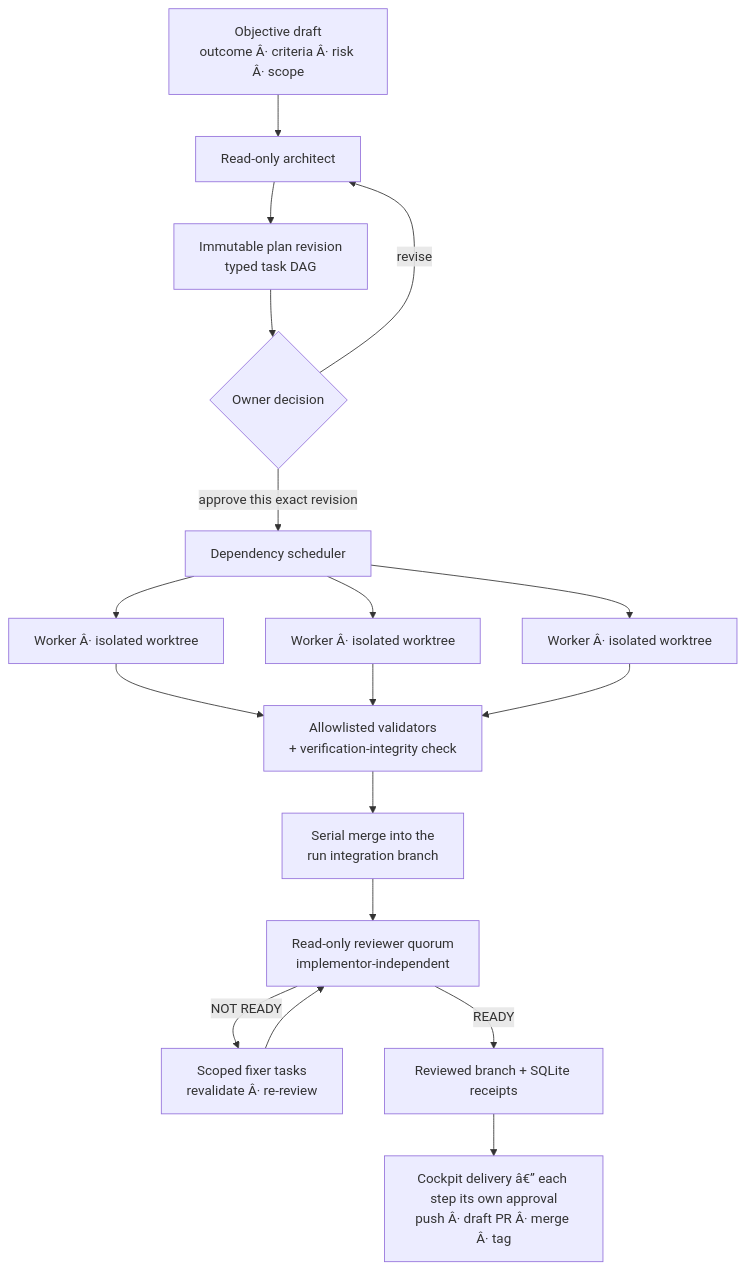
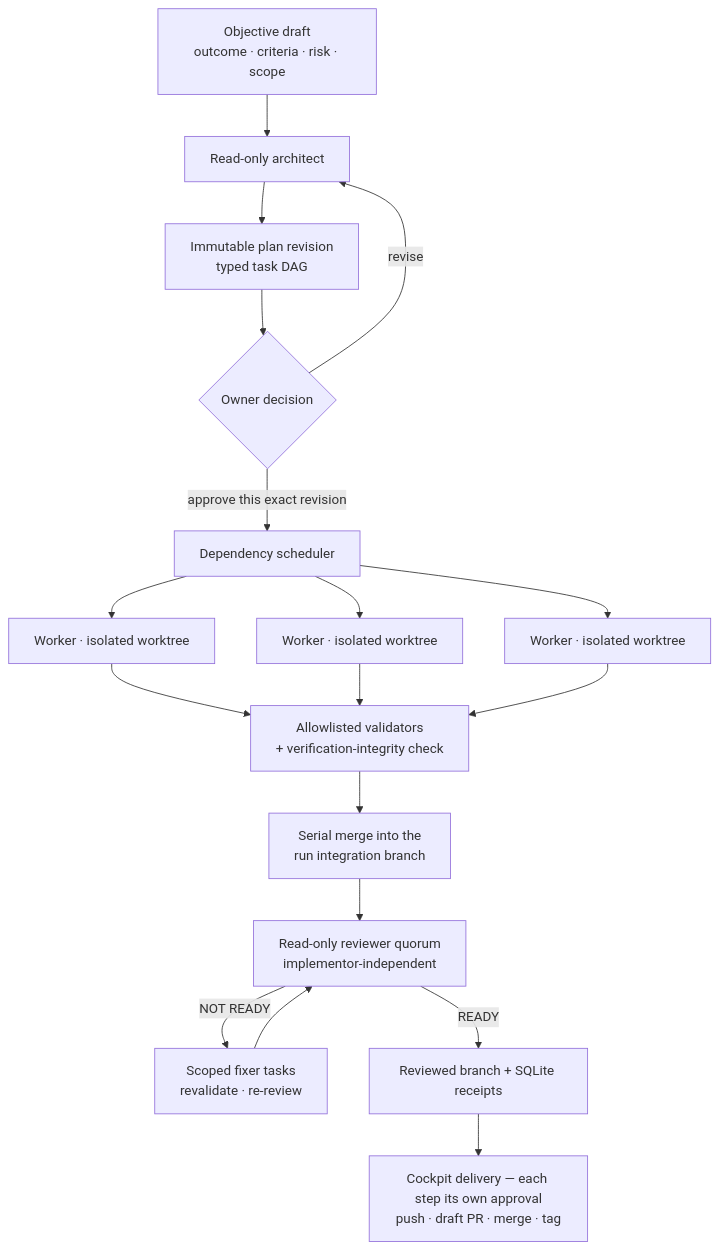
Before and after one commit to scottconverse/DevHarmonics: the diagram in README.md, drawn with Mermaid. The commit also changed other lines of this file and 5 other files, not shown here.

````diff
--- a/README.md
+++ b/README.md
@@ -47,20 +47,20 @@
 ```mermaid
 flowchart TD
-    G["Objective draft<br/>outcome Â· criteria Â· risk Â· scope"] --> A["Read-only architect"]
+    G["Objective draft<br/>outcome · criteria · risk · scope"] --> A["Read-only architect"]
     A --> P["Immutable plan revision<br/>typed task DAG"]
     P --> OK{"Owner decision"}
     OK -->|revise| A
     OK -->|approve this exact revision| S["Dependency scheduler"]
-    S --> W1["Worker Â· isolated worktree"]
-    S --> W2["Worker Â· isolated worktree"]
-    S --> W3["Worker Â· isolated worktree"]
+    S --> W1["Worker · isolated worktree"]
+    S --> W2["Worker · isolated worktree"]
+    S --> W3["Worker · isolated worktree"]
     W1 --> V["Allowlisted validators<br/>+ verification-integrity check"]
     W2 --> V
     W3 --> V
     V --> I["Serial merge into the<br/>run integration branch"]
     I --> R["Read-only reviewer quorum<br/>implementor-independent"]
-    R -->|NOT READY| F["Scoped fixer tasks<br/>revalidate Â· re-review"]
+    R -->|NOT READY| F["Scoped fixer tasks<br/>revalidate · re-review"]
     F --> R
     R -->|READY| D["Reviewed branch + SQLite receipts"]
-    D --> DL["Cockpit delivery â€” each step its own approval<br/>push Â· draft PR Â· merge Â· tag"]
+    D --> DL["Cockpit delivery — each step its own approval<br/>push · draft PR · merge · tag"]
 ```
````
